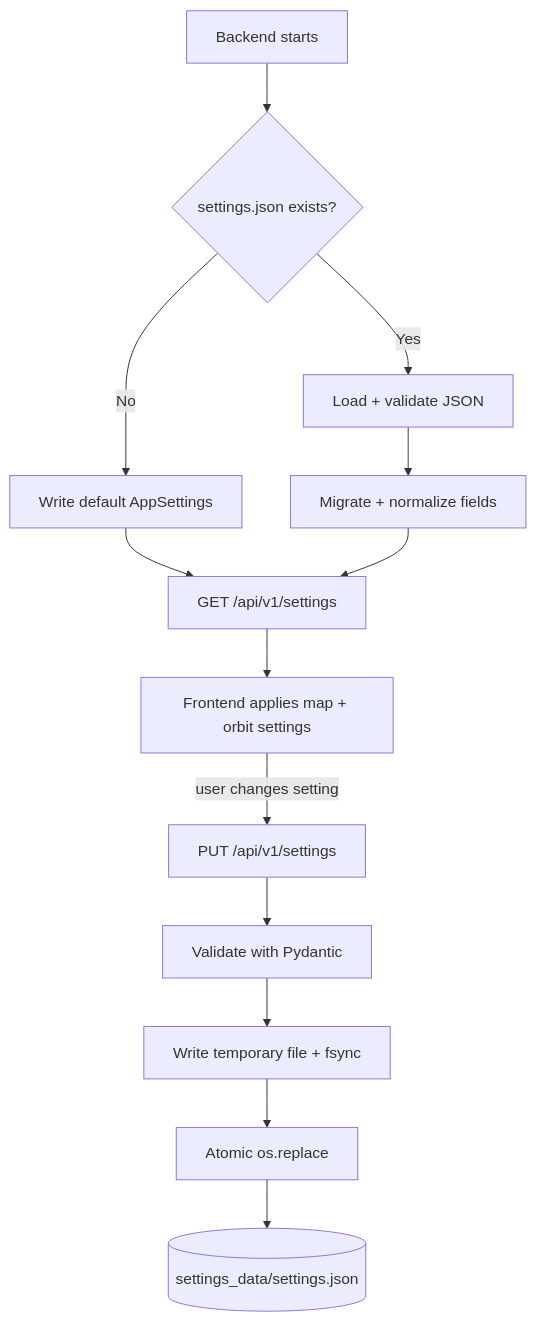
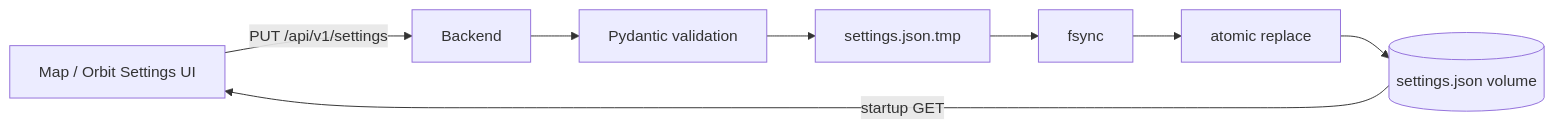
Before and after one commit to ExoSpaceLabs/world-sat-monitor: the fifth of 8 diagrams in docs/architecture.md, drawn with Mermaid. The commit also changed other lines of this file, not shown here.

Commit message:
docs(world-sat-monitor): align architecture with orbit overlay projection

````diff
--- a/docs/architecture.md
+++ b/docs/architecture.md
@@ -103,15 +76,10 @@
 ```mermaid
-flowchart TD
-    A[Backend starts] --> B{settings.json exists?}
-    B -->|No| C[Write default AppSettings]
-    B -->|Yes| D[Load + validate JSON]
-    D --> E[Migrate + normalize fields]
-    C --> F[GET /api/v1/settings]
-    E --> F
-    F --> UI[Frontend applies map + orbit settings]
-    UI -->|user changes setting| PUT[PUT /api/v1/settings]
-    PUT --> V[Validate with Pydantic]
-    V --> T[Write temporary file + fsync]
-    T --> R[Atomic os.replace]
-    R --> J[(settings_data/settings.json)]
+flowchart LR
+    UI[Map / Orbit Settings UI] -->|PUT /api/v1/settings| API[Backend]
+    API --> VALIDATE[Pydantic validation]
+    VALIDATE --> TMP[settings.json.tmp]
+    TMP --> SYNC[fsync]
+    SYNC --> RENAME[atomic replace]
+    RENAME --> JSON[(settings.json volume)]
+    JSON -->|startup GET| UI
 ```
````
